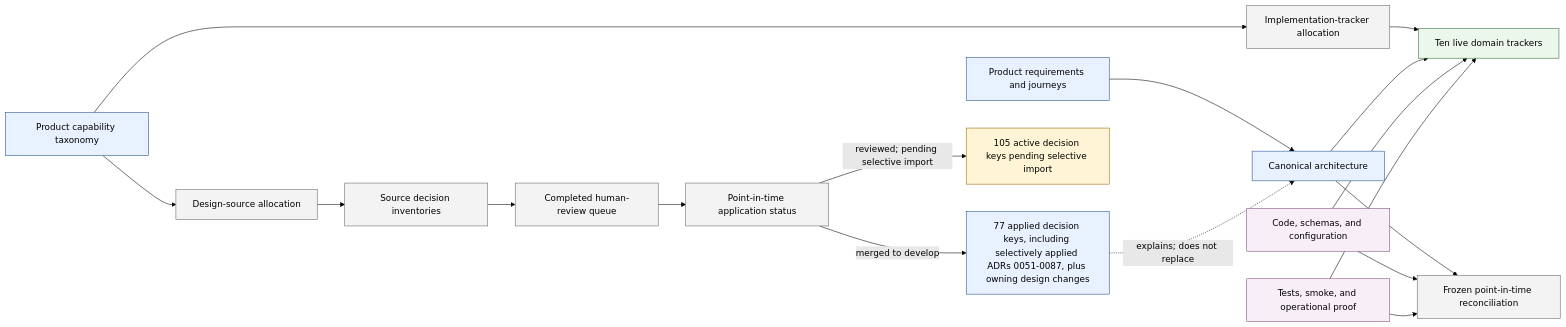
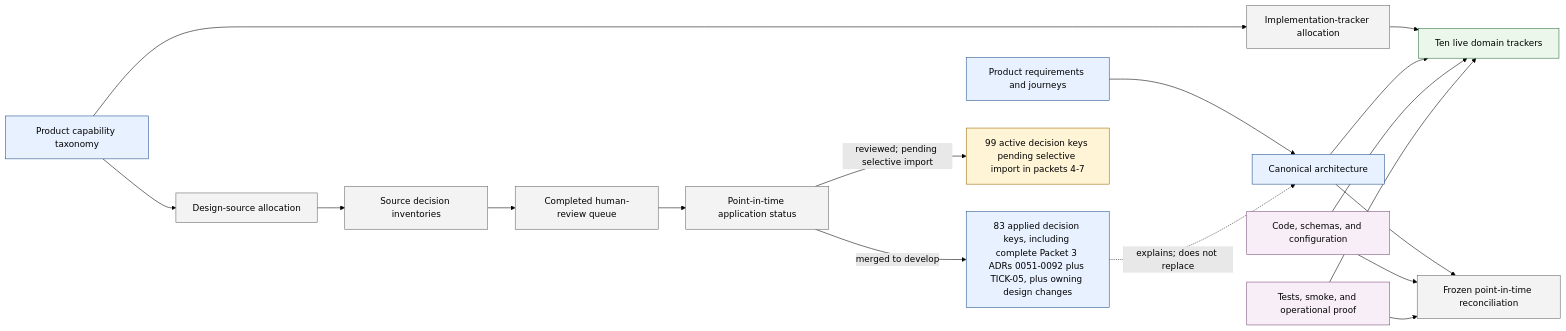
One commit to benhook1013/FireMUD changed the diagram in design/project-management/design-alignment/README.md. Above: the diagram before and after it, drawn with Mermaid (forest theme). The commit also changed other lines of this file and 50 other files, not shown here.

Commit message:
Apply Packet 3 scripting, timer, and gRPC decisions

````diff
--- a/design/project-management/design-alignment/README.md
+++ b/design/project-management/design-alignment/README.md
@@ -27,27 +27,27 @@
 ```mermaid
 flowchart LR
     PRODUCT[Product requirements and journeys]:::canonical --> ARCH[Canonical architecture]:::canonical
     TAXONOMY[Product capability taxonomy]:::canonical --> DESIGN_ALLOC[Design-source allocation]:::alignment
     DESIGN_ALLOC --> SOURCE_INV[Source decision inventories]:::alignment
     SOURCE_INV --> HUMAN_QUEUE[Completed human-review queue]:::alignment
     HUMAN_QUEUE --> APPLY[Point-in-time application status]:::alignment
-    APPLY -->|merged to develop| ADRS[77 applied decision keys, including selectively applied ADRs 0051-0087, plus owning design changes]:::canonical
+    APPLY -->|merged to develop| ADRS[83 applied decision keys, including complete Packet 3 ADRs 0051-0092 plus TICK-05, plus owning design changes]:::canonical
     ADRS -. explains; does not replace .-> ARCH
-    APPLY -->|reviewed; pending selective import| PENDING[105 active decision keys pending selective import]:::pending
+    APPLY -->|reviewed; pending selective import| PENDING[99 active decision keys pending selective import in packets 4-7]:::pending
 
     TAXONOMY --> TRACKER_ALLOC[Implementation-tracker allocation]:::alignment
     TRACKER_ALLOC --> TRACKERS[Ten live domain trackers]:::status
     ARCH --> TRACKERS
     CODE[Code, schemas, and configuration]:::evidence --> TRACKERS
     PROOF[Tests, smoke, and operational proof]:::evidence --> TRACKERS
 
     ARCH --> RECON[Frozen point-in-time reconciliation]:::alignment
     CODE --> RECON
     PROOF --> RECON
 
     classDef canonical fill:#e8f1ff,stroke:#1f4f8f
     classDef alignment fill:#f3f3f3,stroke:#666
     classDef pending fill:#fff4d6,stroke:#9a6700
     classDef status fill:#eaf7ea,stroke:#2f6f3e
     classDef evidence fill:#f8eef8,stroke:#7a4e7a
 ```
````
